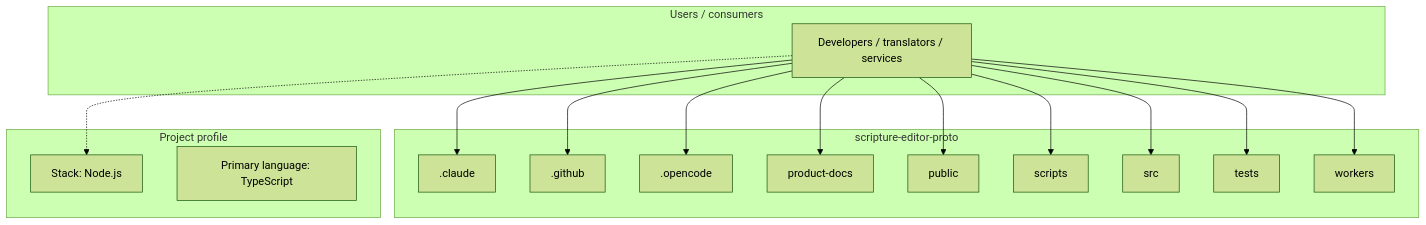
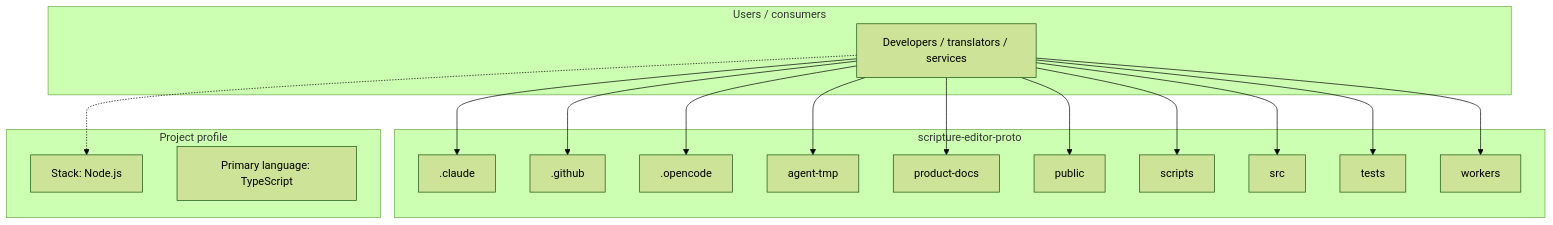
The first of 3 diagrams in architecture/WycliffeAssociates/scripture-editor-proto-architecture.md (AnonymousWalker/project-repos-diagram), drawn with Mermaid (forest theme) before and after one commit. The commit also changed other lines of this file and 18 other files, not shown here.

Commit message:
chore: refresh architecture diagrams

````diff
--- a/architecture/WycliffeAssociates/scripture-editor-proto-architecture.md
+++ b/architecture/WycliffeAssociates/scripture-editor-proto-architecture.md
@@ -9,34 +9,36 @@
 ```mermaid
 flowchart TB
   subgraph users["Users / consumers"]
     Users["Developers / translators / services"]
   end
 
   subgraph project["scripture-editor-proto"]
     M0[".claude"]
     M1[".github"]
     M2[".opencode"]
-    M3["product-docs"]
-    M4["public"]
-    M5["scripts"]
-    M6["src"]
-    M7["tests"]
-    M8["workers"]
+    M3["agent-tmp"]
+    M4["product-docs"]
+    M5["public"]
+    M6["scripts"]
+    M7["src"]
+    M8["tests"]
+    M9["workers"]
   end
 
   subgraph meta["Project profile"]
     Stack["Stack: Node.js"]
     Lang["Primary language: TypeScript"]
   end
 
   Users --> M0
   Users --> M1
   Users --> M2
   Users --> M3
   Users --> M4
   Users --> M5
   Users --> M6
   Users --> M7
   Users --> M8
+  Users --> M9
   Users -.-> Stack
 ```
````
